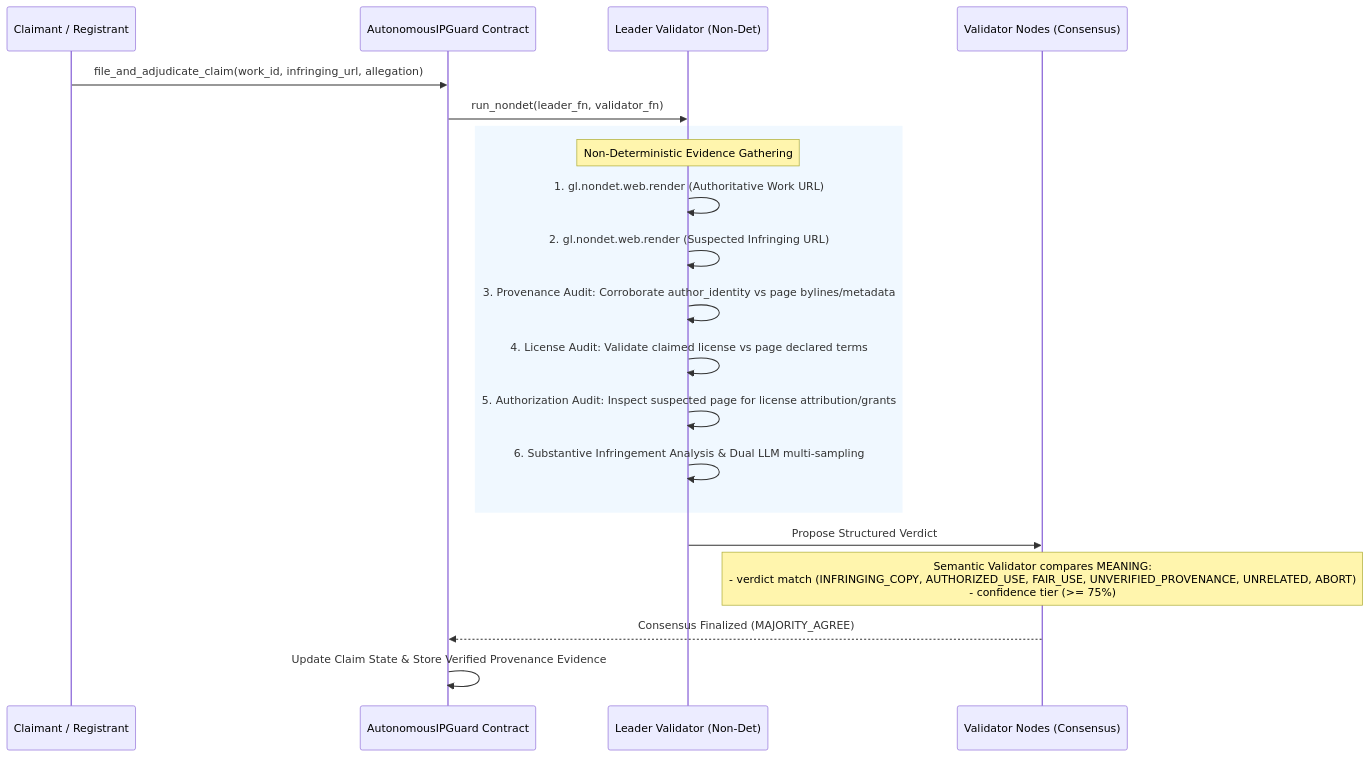
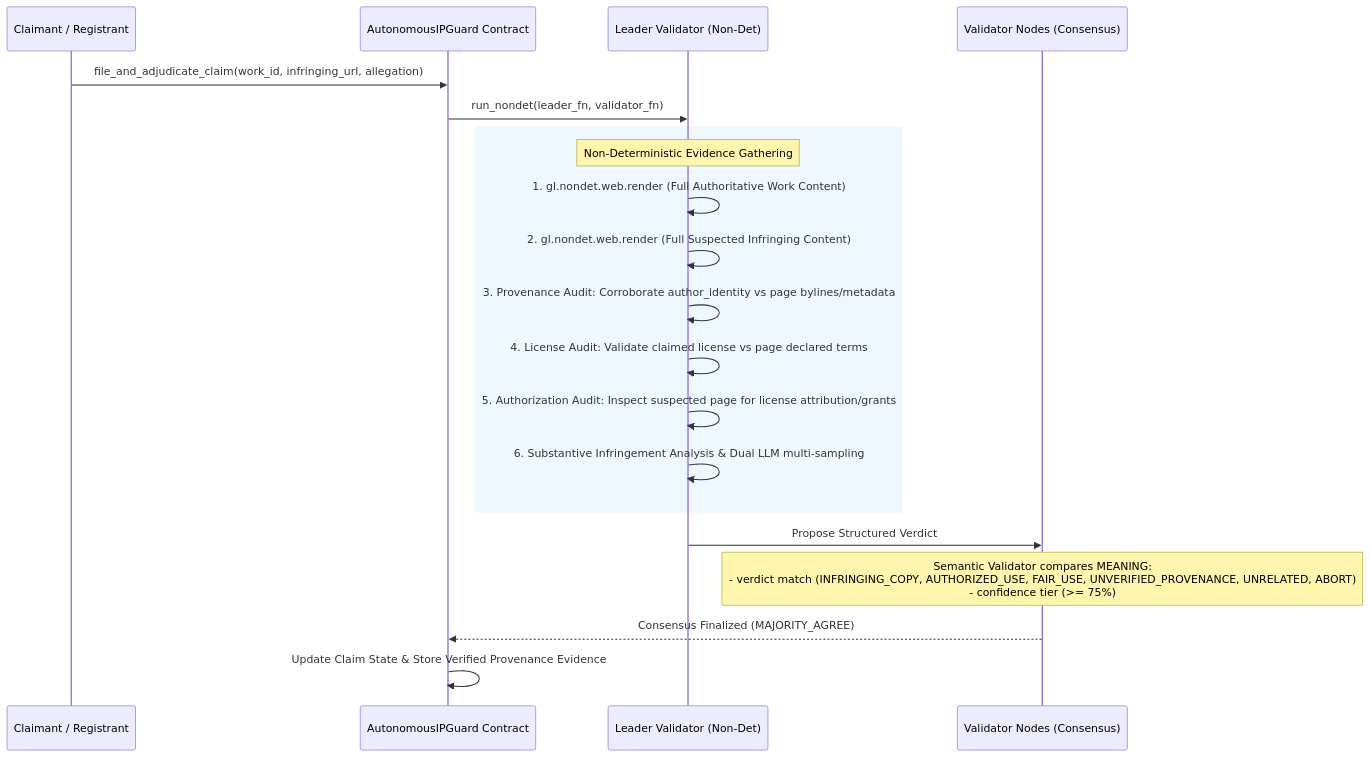
Before and after one commit to tuannguyen1995/autonomous-ip-guard: the diagram in README.md, drawn with Mermaid. The commit also changed other lines of this file and 1 other file, not shown here.

Commit message:
refactor: eliminate content slicing and remove admin privilege for pure decentralized consensus

````diff
--- a/README.md
+++ b/README.md
@@ -29,25 +31,25 @@
 ```mermaid
 sequenceDiagram
     participant Claimant as Claimant / Registrant
     participant Contract as AutonomousIPGuard Contract
     participant Leader as Leader Validator (Non-Det)
     participant Validator as Validator Nodes (Consensus)
 
     Claimant->>Contract: file_and_adjudicate_claim(work_id, infringing_url, allegation)
     Contract->>Leader: run_nondet(leader_fn, validator_fn)
     
     rect rgb(240, 248, 255)
     Note over Leader: Non-Deterministic Evidence Gathering
-    Leader->>Leader: 1. gl.nondet.web.render (Authoritative Work URL)
-    Leader->>Leader: 2. gl.nondet.web.render (Suspected Infringing URL)
+    Leader->>Leader: 1. gl.nondet.web.render (Full Authoritative Work Content)
+    Leader->>Leader: 2. gl.nondet.web.render (Full Suspected Infringing Content)
     Leader->>Leader: 3. Provenance Audit: Corroborate author_identity vs page bylines/metadata
     Leader->>Leader: 4. License Audit: Validate claimed license vs page declared terms
     Leader->>Leader: 5. Authorization Audit: Inspect suspected page for license attribution/grants
     Leader->>Leader: 6. Substantive Infringement Analysis & Dual LLM multi-sampling
     end
 
     Leader->>Validator: Propose Structured Verdict
     Note over Validator: Semantic Validator compares MEANING:<br/>- verdict match (INFRINGING_COPY, AUTHORIZED_USE, FAIR_USE, UNVERIFIED_PROVENANCE, UNRELATED, ABORT)<br/>- confidence tier (>= 75%)
     Validator-->>Contract: Consensus Finalized (MAJORITY_AGREE)
     Contract->>Contract: Update Claim State & Store Verified Provenance Evidence
 ```
````
